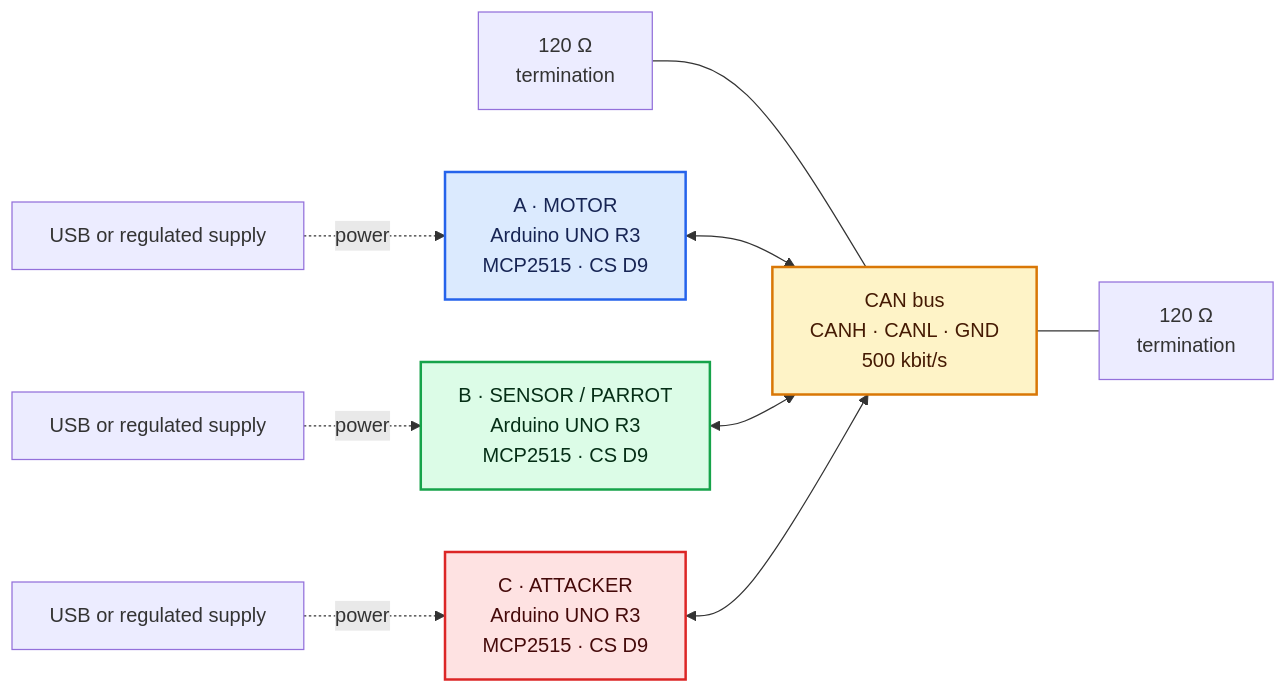
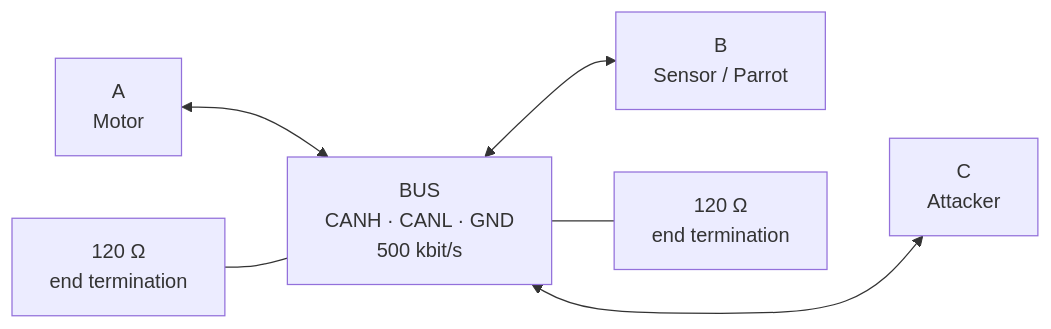
Before and after one commit to sadrobot69/Paper-Perishes-Parrot: the first of 6 diagrams in README.md, drawn with Mermaid. The commit also changed other lines of this file, not shown here.

Commit message:
Cambio de color en los diagramas

````diff
--- a/README.md
+++ b/README.md
@@ -55,21 +55,9 @@
 ```mermaid
 flowchart LR
-    T1["120 Ω<br/>termination"] --- BUS["CAN bus<br/>CANH · CANL · GND<br/>500 kbit/s"] --- T2["120 Ω<br/>termination"]
+    A["A<br/>Motor"] <--> BUS["BUS<br/>CANH · CANL · GND<br/>500 kbit/s"] <--> B["B<br/>Sensor / Parrot"]
+    B ~~~ C["C<br/>Attacker"]
+    C <--> BUS
+    T1["120 Ω<br/>end termination"] --- BUS
+    BUS --- T2["120 Ω<br/>end termination"]
 
-    A["A · MOTOR<br/>Arduino UNO R3<br/>MCP2515 · CS D9"] <--> BUS
-    B["B · SENSOR / PARROT<br/>Arduino UNO R3<br/>MCP2515 · CS D9"] <--> BUS
-    C["C · ATTACKER<br/>Arduino UNO R3<br/>MCP2515 · CS D9"] <--> BUS
-
-    PA["USB or regulated supply"] -. power .-> A
-    PB["USB or regulated supply"] -. power .-> B
-    PC["USB or regulated supply"] -. power .-> C
-
-    classDef motor fill:#dbeafe,stroke:#2563eb,color:#172554,stroke-width:2px
-    classDef sensor fill:#dcfce7,stroke:#16a34a,color:#052e16,stroke-width:2px
-    classDef attacker fill:#fee2e2,stroke:#dc2626,color:#450a0a,stroke-width:2px
-    classDef bus fill:#fef3c7,stroke:#d97706,color:#451a03,stroke-width:2px
-    class A motor
-    class B sensor
-    class C attacker
-    class BUS bus
 ```
````
